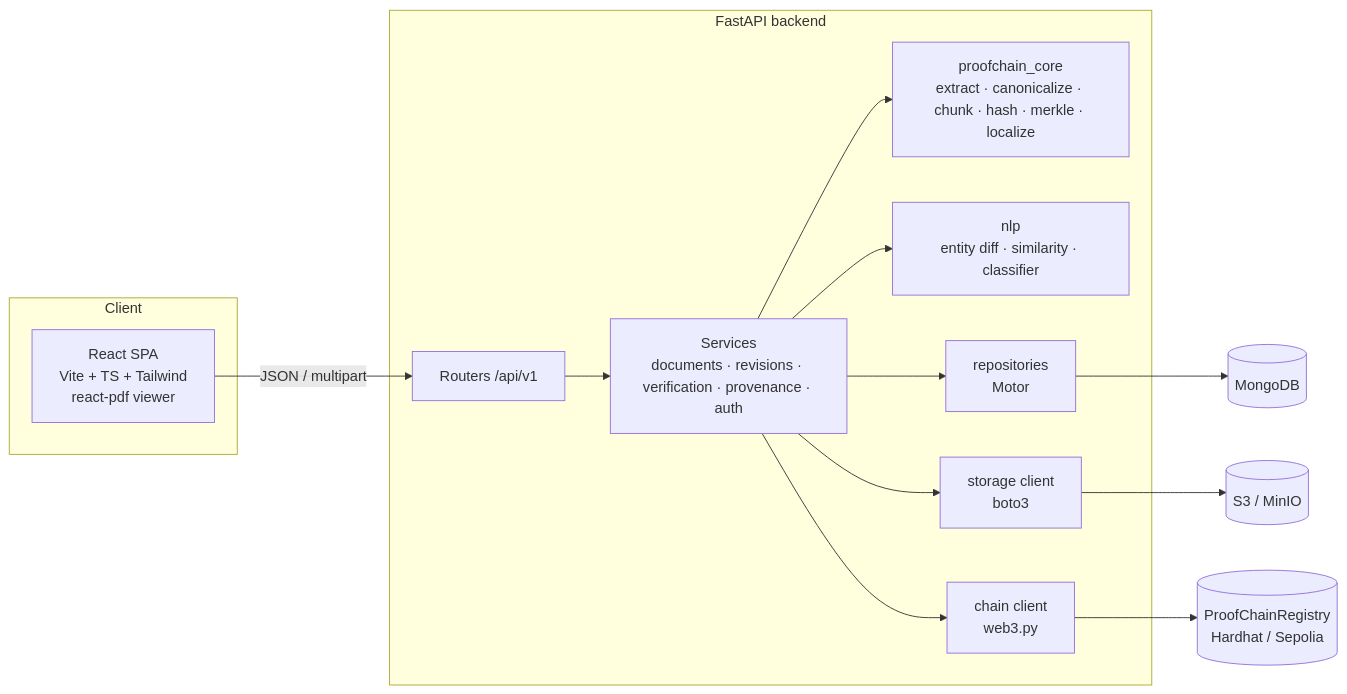
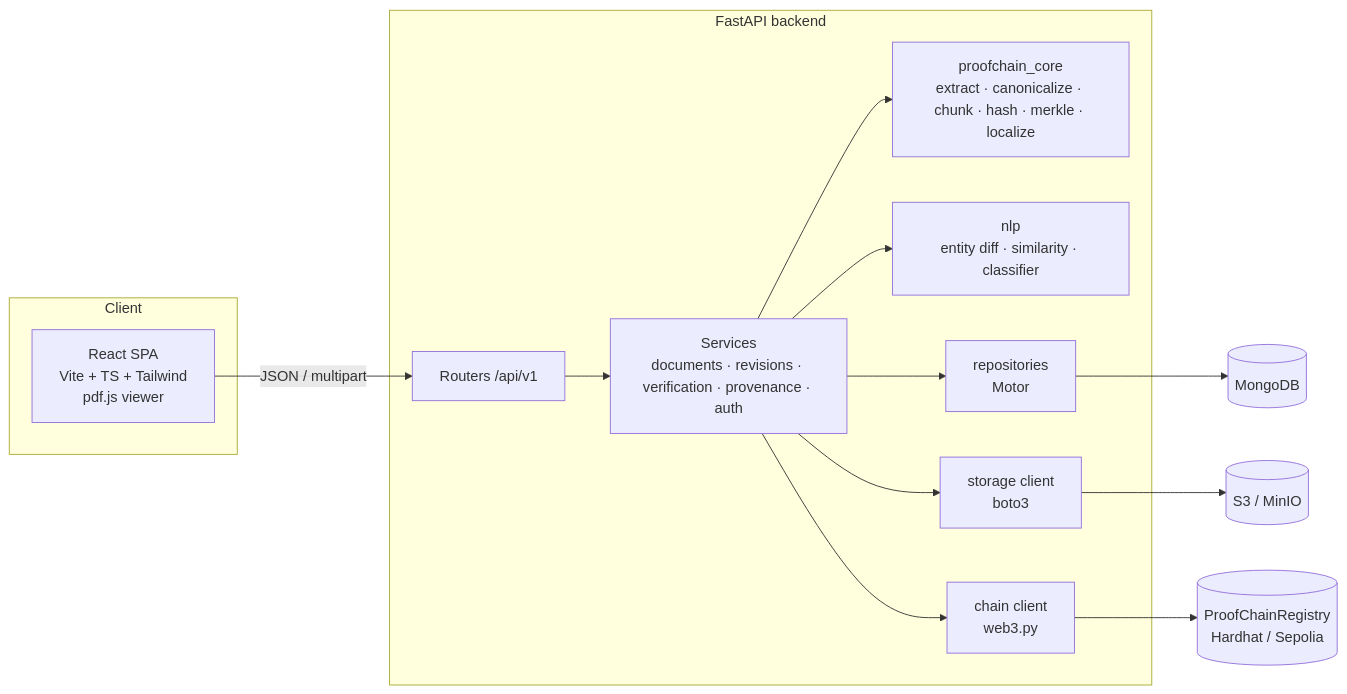
One commit to mohamed-faizal007/proofchain changed the first of 4 diagrams in docs/01_ARCHITECTURE.md. Above: the diagram before and after it, drawn with Mermaid. The commit also changed 5 other files, not shown here.

First line of the commit message:
docs: README rewrite, architecture diagram export, react-pdf/lucide doc fixes

````diff
--- a/docs/01_ARCHITECTURE.md
+++ b/docs/01_ARCHITECTURE.md
@@ -4,21 +4,21 @@
 ```mermaid
 flowchart LR
   subgraph Client
-    FE[React SPA<br/>Vite + TS + Tailwind<br/>react-pdf viewer]
+    FE[React SPA<br/>Vite + TS + Tailwind<br/>pdf.js viewer]
   end
   subgraph Backend[FastAPI backend]
     API[Routers /api/v1]
     SVC[Services<br/>documents · revisions · verification · provenance · auth]
     CORE[proofchain_core<br/>extract · canonicalize · chunk · hash · merkle · localize]
     NLP[nlp<br/>entity diff · similarity · classifier]
     CHAIN[chain client<br/>web3.py]
     STORE[storage client<br/>boto3]
     REPO[repositories<br/>Motor]
   end
   FE -->|JSON / multipart| API --> SVC
   SVC --> CORE
   SVC --> NLP
   SVC --> REPO --> MDB[(MongoDB)]
   SVC --> STORE --> S3[(S3 / MinIO)]
   SVC --> CHAIN --> BC[(ProofChainRegistry<br/>Hardhat / Sepolia)]
 ```
````
